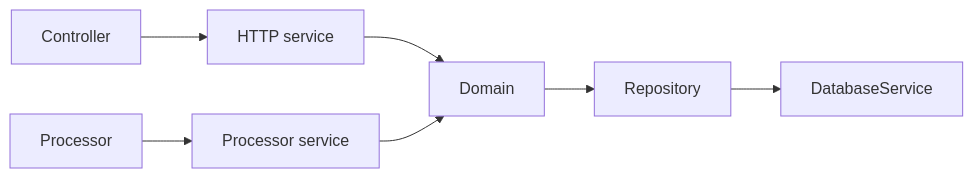
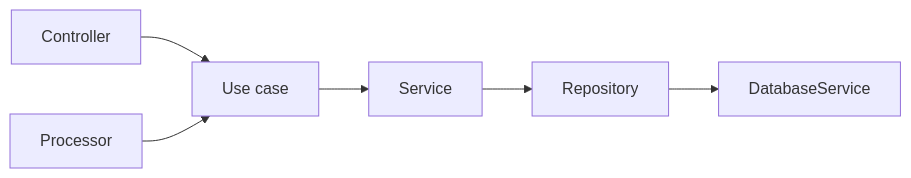
The diagram in docs/project-structure.md (andrechristikan/ack-nestjs-boilerplate), drawn with Mermaid before and after one commit. The commit also changed other lines of this file and 4 other files, not shown here.

````diff
--- a/docs/project-structure.md
+++ b/docs/project-structure.md
@@ -217,9 +217,8 @@
 ```mermaid
 flowchart LR
-    C[Controller] --> HS[HTTP service]
-    HS --> D[Domain]
-    D --> R[Repository]
-    P[Processor] --> PS[Processor service]
-    PS --> D
+    C[Controller] --> U[Use case]
+    P[Processor] --> U
+    U --> S[Service]
+    S --> R[Repository]
     R --> DB[DatabaseService]
 ```
````
